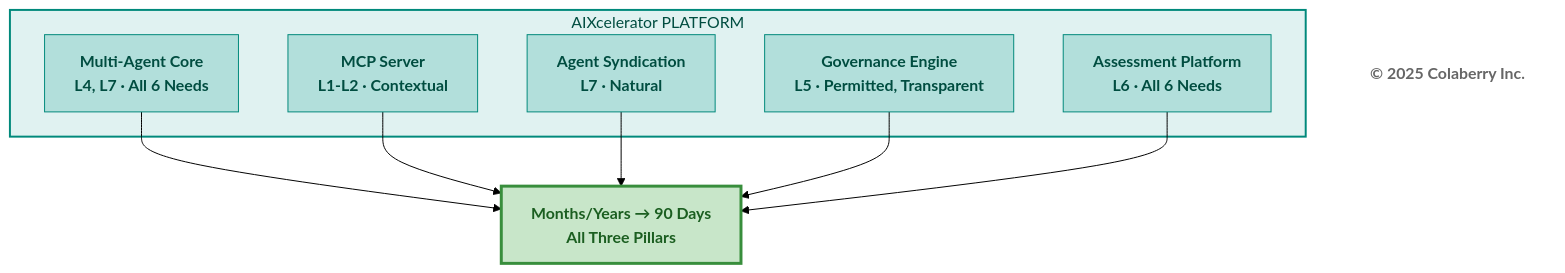
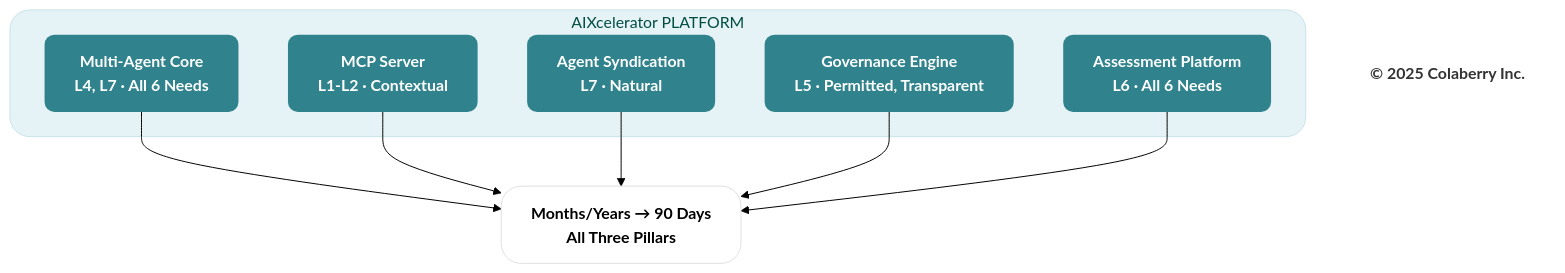
One commit to saitejesh-cyber/trust-before-intelligence-book changed the diagram in mermaid-source/figure-12-6.mmd. Above: the diagram before and after it, drawn with Mermaid (forest theme). The commit also changed 219 other files, not shown here.

Commit message:
Reapply PR #5 palette and regenerate smooth-edge figure PNGs

```diff
--- a/mermaid-source/figure-12-6.mmd
+++ b/mermaid-source/figure-12-6.mmd
@@ -1,25 +1,25 @@
 graph TD
     subgraph PLATFORM["AIXcelerator PLATFORM"]
         C1["<b>Multi-Agent Core</b><br/><b>L4, L7 · All 6 Needs</b>"]
         C2["<b>MCP Server</b><br/><b>L1-L2 · Contextual</b>"]
         C3["<b>Agent Syndication</b><br/><b>L7 · Natural</b>"]
         C4["<b>Governance Engine</b><br/><b>L5 · Permitted, Transparent</b>"]
         C5["<b>Assessment Platform</b><br/><b>L6 · All 6 Needs</b>"]
     end
     
 C1 --> RESULT["<b>Months/Years → 90 Days</b><br/><b>All Three Pillars</b>"]
     C2 --> RESULT
     C3 --> RESULT
     C4 --> RESULT
     C5 --> RESULT
     
     Copyright["<b>© 2025 Colaberry Inc.</b>"]
     
-    style PLATFORM fill:#e0f2f1,stroke:#00897b,stroke-width:2px,color:#004d40
-    style C1 fill:#b2dfdb,stroke:#00897b,color:#004d40
-    style C2 fill:#b2dfdb,stroke:#00897b,color:#004d40
-    style C3 fill:#b2dfdb,stroke:#00897b,color:#004d40
-    style C4 fill:#b2dfdb,stroke:#00897b,color:#004d40
-    style C5 fill:#b2dfdb,stroke:#00897b,color:#004d40
-    style RESULT fill:#c8e6c9,stroke:#388e3c,stroke-width:3px,color:#1b5e20
-    style Copyright fill:#ffffff,stroke:none,color:#666666
+    style PLATFORM fill:#e6f3f6,stroke:#c7e3ea,stroke-width:1px,color:#004d40,rx:20,ry:20
+    style C1 fill:#30838C,stroke:none,color:#ffffff,rx:10,ry:10
+    style C2 fill:#30838C,stroke:none,color:#ffffff,rx:10,ry:10
+    style C3 fill:#30838C,stroke:none,color:#ffffff,rx:10,ry:10
+    style C4 fill:#30838C,stroke:none,color:#ffffff,rx:10,ry:10
+    style C5 fill:#30838C,stroke:none,color:#ffffff,rx:10,ry:10
+    style RESULT fill:#ffffff,stroke:#e0e0e0,stroke-width:1px,color:#000000,rx:20,ry:20
+    style Copyright fill:none,stroke:none,color:#333333
```
